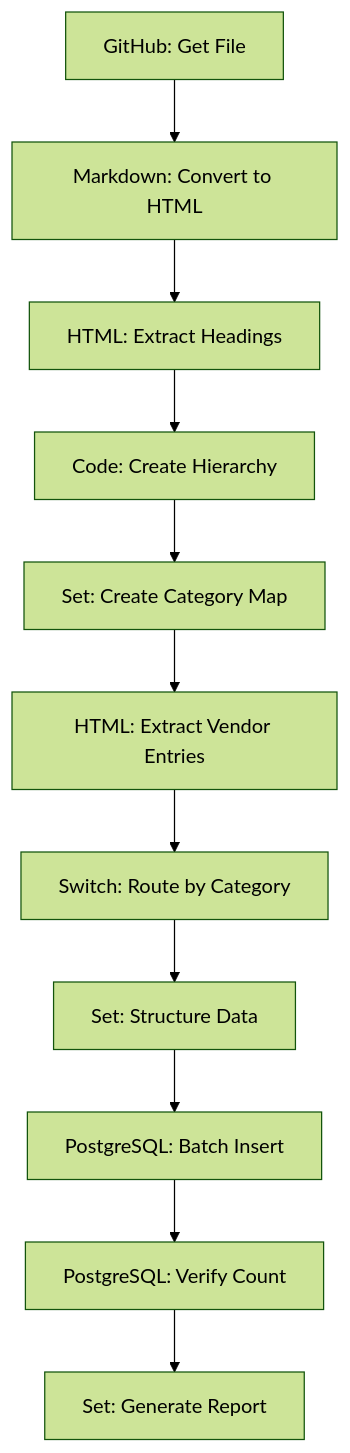
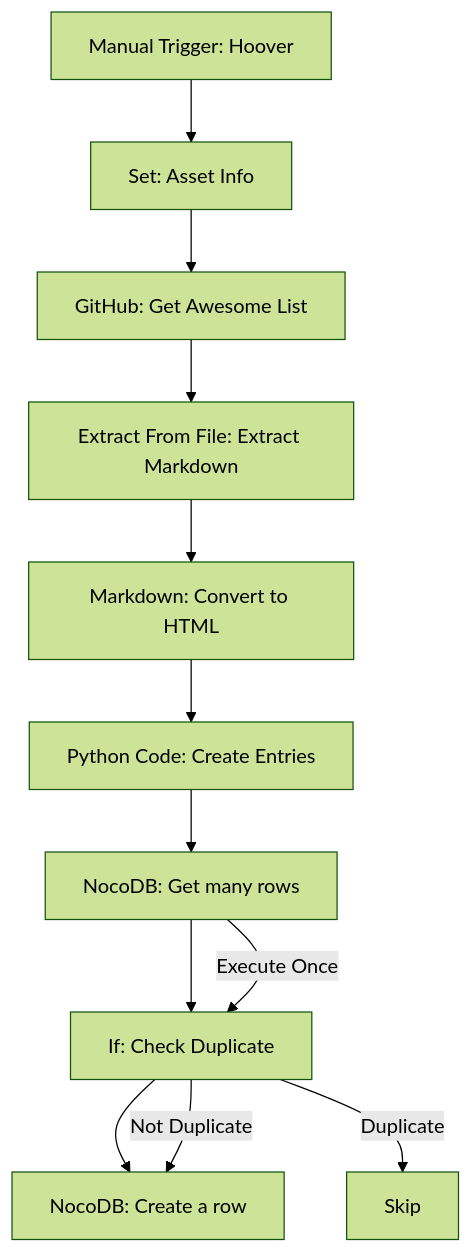
One commit to Capp3/n8n-awesome-system changed the diagram in workflows/01-import-workflow.md. Above: the diagram before and after it, drawn with Mermaid (forest theme). The commit also changed other lines of this file and 30 other files, not shown here.

````diff
--- a/workflows/01-import-workflow.md
+++ b/workflows/01-import-workflow.md
@@ -15,14 +15,16 @@
 ```mermaid
 flowchart TD;
-  A[GitHub: Get File] -->
-  B[Markdown: Convert to HTML] -->
-  C[HTML: Extract Headings] -->
-  D[Code: Create Hierarchy] -->
-  E[Set: Create Category Map] -->
-  F[HTML: Extract Vendor Entries] -->
-  G[Switch: Route by Category] -->
-  H[Set: Structure Data] -->
-  I[PostgreSQL: Batch Insert] -->
-  J[PostgreSQL: Verify Count] -->
-  K[Set: Generate Report]
+  A[Manual Trigger: Hoover] -->
+  B[Set: Asset Info] -->
+  C[GitHub: Get Awesome List] -->
+  D[Extract From File: Extract Markdown] -->
+  E[Markdown: Convert to HTML] -->
+  F[Python Code: Create Entries] -->
+  G[NocoDB: Get many rows] -->
+  H[If: Check Duplicate] -->
+  I[NocoDB: Create a row]
+
+  G -->|Execute Once| H
+  H -->|Not Duplicate| I
+  H -->|Duplicate| J[Skip]
 ```
````
